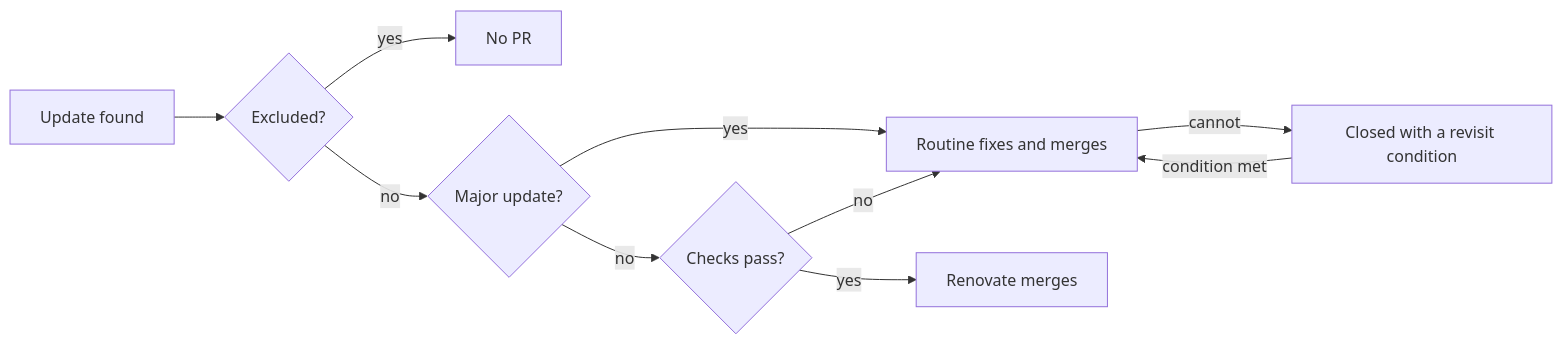
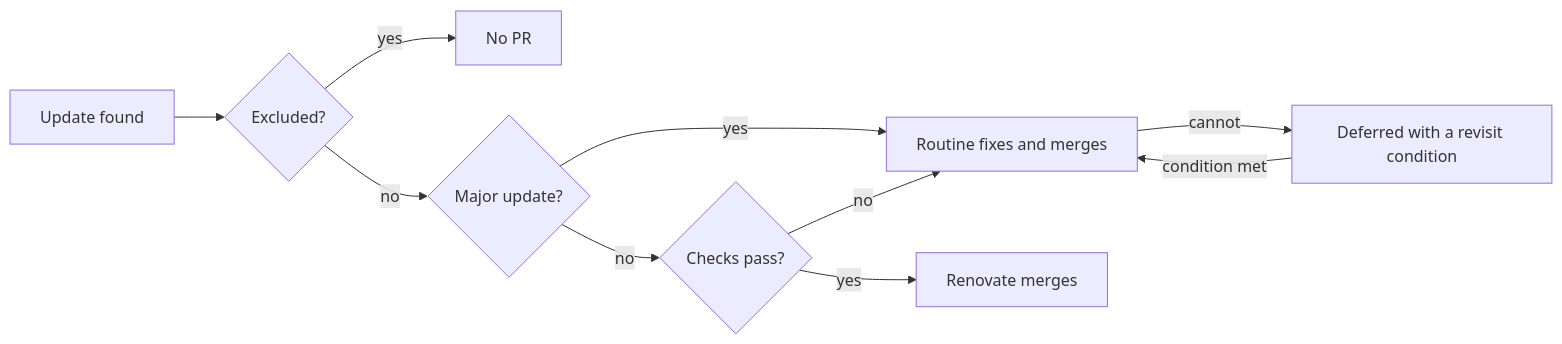
One commit to syudead/vv changed the first of 2 diagrams in docs/how-to/dependency-updates.md. Above: the diagram before and after it, drawn with Mermaid. The commit also changed other lines of this file and 1 other file, not shown here.

First line of the commit message:
Keep deferred group PRs open and recheck majors closed for the next version

````diff
--- a/docs/how-to/dependency-updates.md
+++ b/docs/how-to/dependency-updates.md
@@ -12,12 +12,12 @@
 ```mermaid
 flowchart LR
   upd[Update found] --> excl{Excluded?}
   excl -->|yes| none[No PR]
   excl -->|no| major{Major update?}
   major -->|yes| routine[Routine fixes and merges]
   major -->|no| checks{Checks pass?}
   checks -->|yes| auto[Renovate merges]
   checks -->|no| routine
-  routine -->|cannot| defer[Closed with a revisit condition]
+  routine -->|cannot| defer[Deferred with a revisit condition]
   defer -->|condition met| routine
 ```
````
